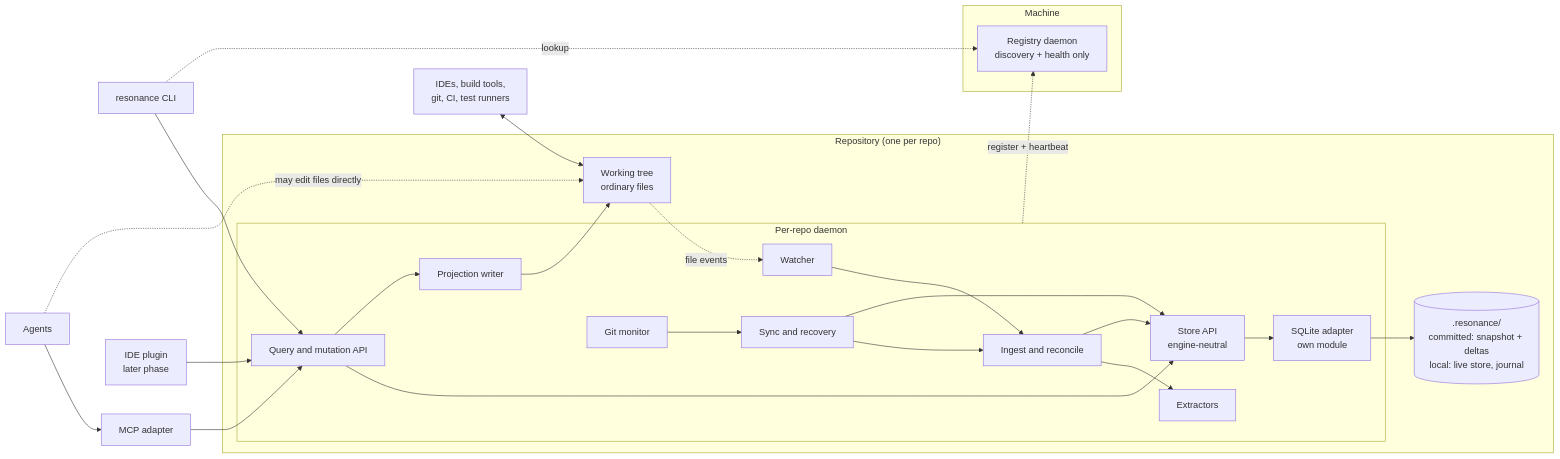
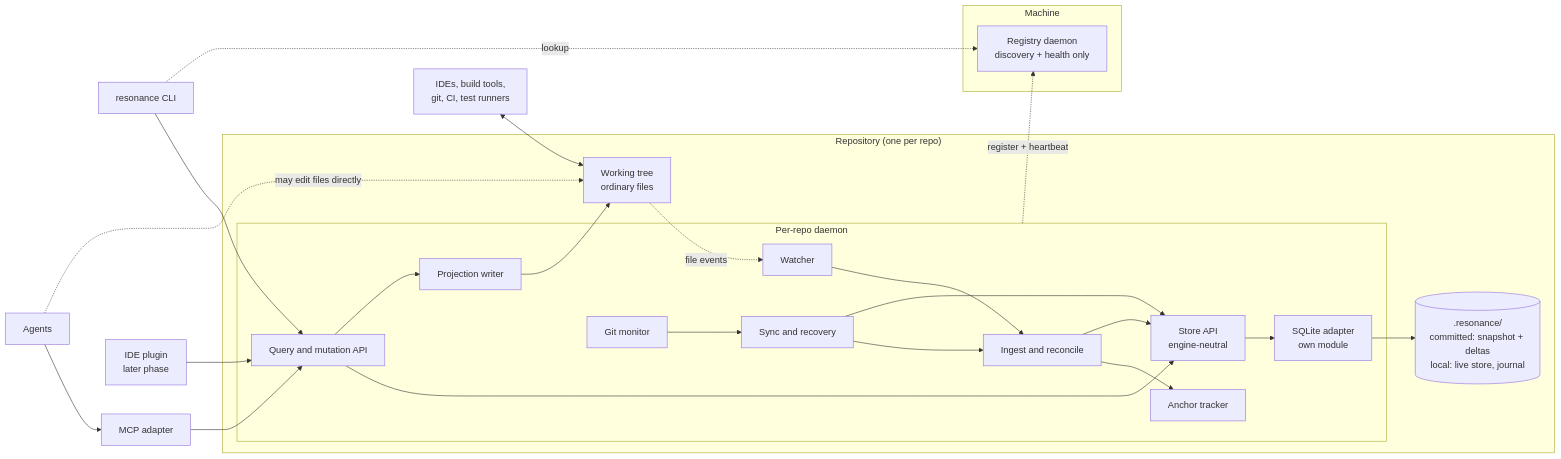
Before and after one commit to littlenag/resonance: the diagram in spec/section-7-architecture-overview.md, drawn with Mermaid. The commit also changed other lines of this file and 17 other files, not shown here.

````diff
--- a/spec/section-7-architecture-overview.md
+++ b/spec/section-7-architecture-overview.md
@@ -5,47 +5,47 @@
 ```mermaid
 flowchart LR
     subgraph Machine
         REG[Registry daemon<br/>discovery + health only]
     end
     subgraph Repo["Repository (one per repo)"]
         WT[Working tree<br/>ordinary files]
         DB[(".resonance/<br/>committed: snapshot + deltas<br/>local: live store, journal")]
         subgraph D[Per-repo daemon]
             W[Watcher]
             I[Ingest and reconcile]
             P[Projection writer]
             G[Git monitor]
             R[Sync and recovery]
             API[Query and mutation API]
-            X[Extractors]
+            X[Anchor tracker]
             S[Store API<br/>engine-neutral]
             SA[SQLite adapter<br/>own module]
         end
     end
     TOOLS[IDEs, build tools,<br/>git, CI, test runners]
     CLI[resonance CLI]
     MCP[MCP adapter]
     AG[Agents]
     IDEP[IDE plugin<br/>later phase]
 
     TOOLS <--> WT
     W --> I
     WT -.file events.-> W
     I --> X
     I --> S
     P --> WT
     G --> R
     R --> I
     R --> S
     API --> S
     API --> P
     S --> SA
     SA --> DB
     CLI --> API
     MCP --> API
     AG --> MCP
     AG -.may edit files directly.-> WT
     IDEP --> API
     D -.register + heartbeat.-> REG
     CLI -.lookup.-> REG
 ```
````
